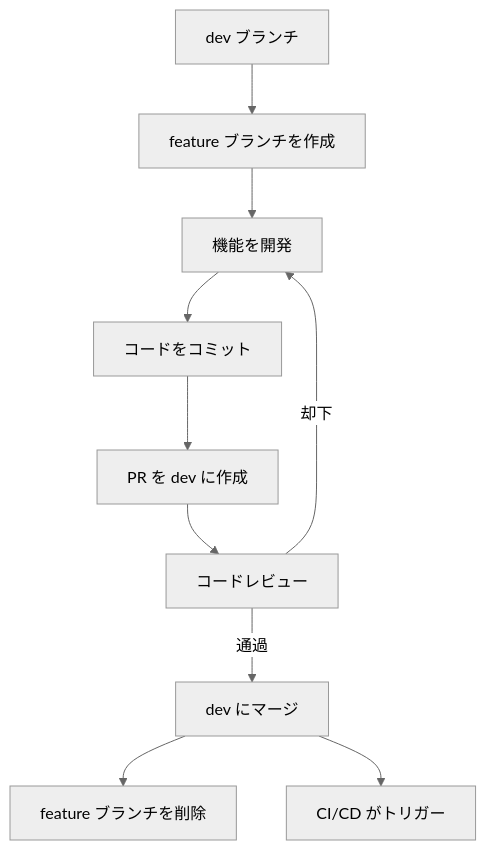
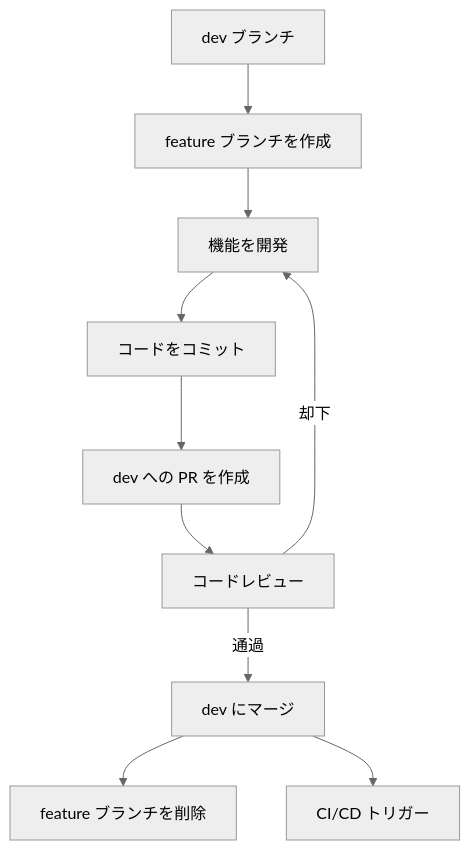
The first of 3 diagrams in docs/src/ja/dev/branch-maintenance-guide.md (ChenXu233/YaoXiang), drawn with Mermaid (neutral theme) before and after one commit. The commit also changed other lines of this file and 142 other files, not shown here.

````diff
--- a/docs/src/ja/dev/branch-maintenance-guide.md
+++ b/docs/src/ja/dev/branch-maintenance-guide.md
@@ -152,12 +152,12 @@
 ```mermaid
 graph TD
     A[dev ブランチ] --> B[feature ブランチを作成]
     B --> C[機能を開発]
     C --> D[コードをコミット]
-    D --> E[PR を dev に作成]
+    D --> E[dev への PR を作成]
     E --> F[コードレビュー]
     F -->|通過| G[dev にマージ]
     F -->|却下| C
     G --> H[feature ブランチを削除]
-    G --> I[CI/CD がトリガー]
+    G --> I[CI/CD トリガー]
 ```
````
